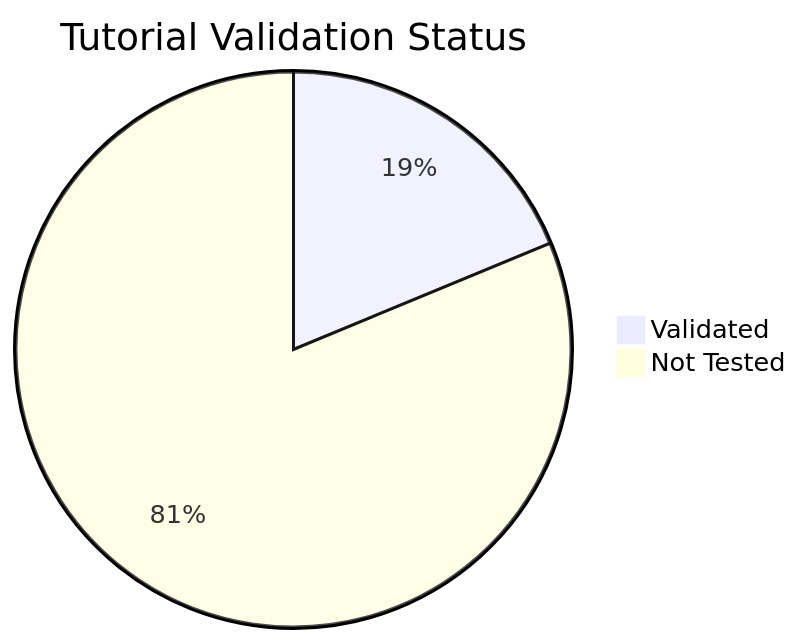
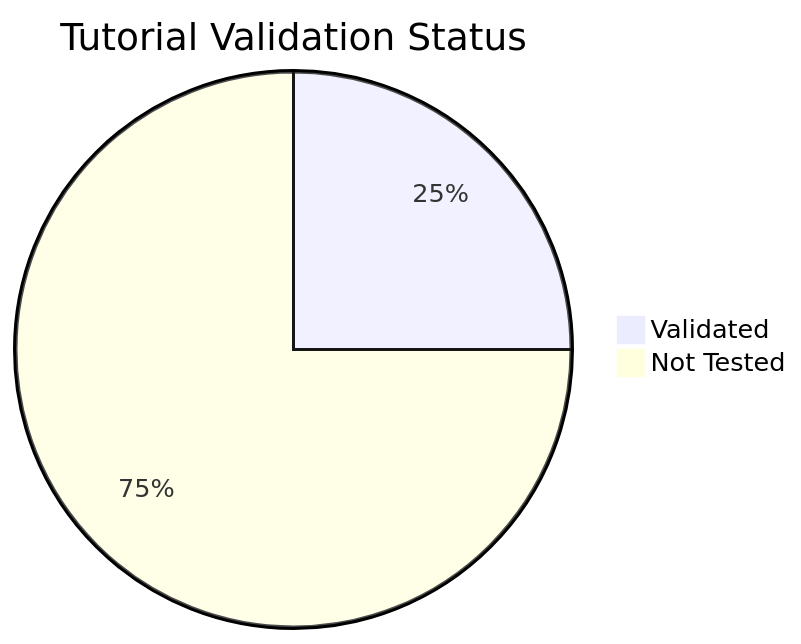
Before and after one commit to yeongseon/azure-functions-practical-guide: the diagram in docs/reference/validation-status.md, drawn with Mermaid. The commit also changed other lines of this file and 7 other files, not shown here.

````diff
--- a/docs/reference/validation-status.md
+++ b/docs/reference/validation-status.md
@@ -17,5 +17,5 @@
 ```mermaid
 pie title Tutorial Validation Status
-    "Validated" : 21
-    "Not Tested" : 91
+    "Validated" : 28
+    "Not Tested" : 84
 ```
````
